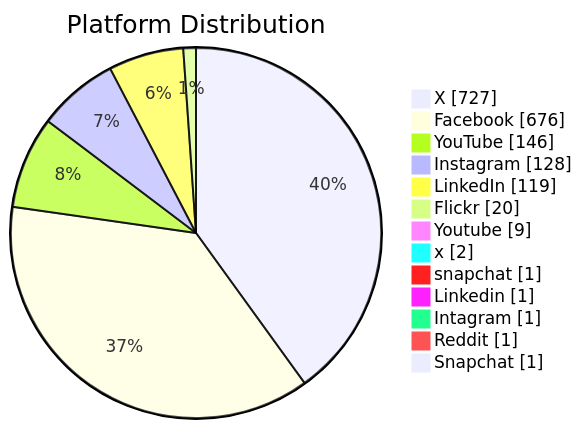
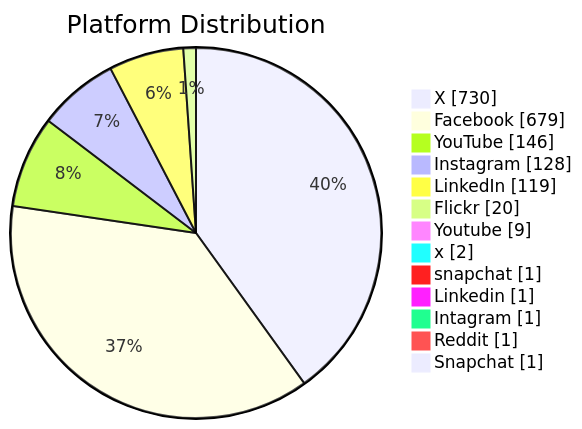
One commit to PatLittle/GC-Socials changed the second of 6 diagrams in README.md. Above: the diagram before and after it, drawn with Mermaid. The commit also changed other lines of this file, not shown here.

Commit message:
Update README with Platform Distribution pie chart

````diff
--- a/README.md
+++ b/README.md
@@ -46,16 +46,16 @@
 ```mermaid
 pie showData title Platform Distribution
-    "X": 727
-    "Facebook": 676
+    "X": 730
+    "Facebook": 679
     "YouTube": 146
     "Instagram": 128
     "LinkedIn": 119
     "Flickr": 20
     "Youtube": 9
     "x": 2
     "snapchat": 1
     "Linkedin": 1
     "Intagram": 1
     "Reddit": 1
     "Snapchat": 1
 ```
````
